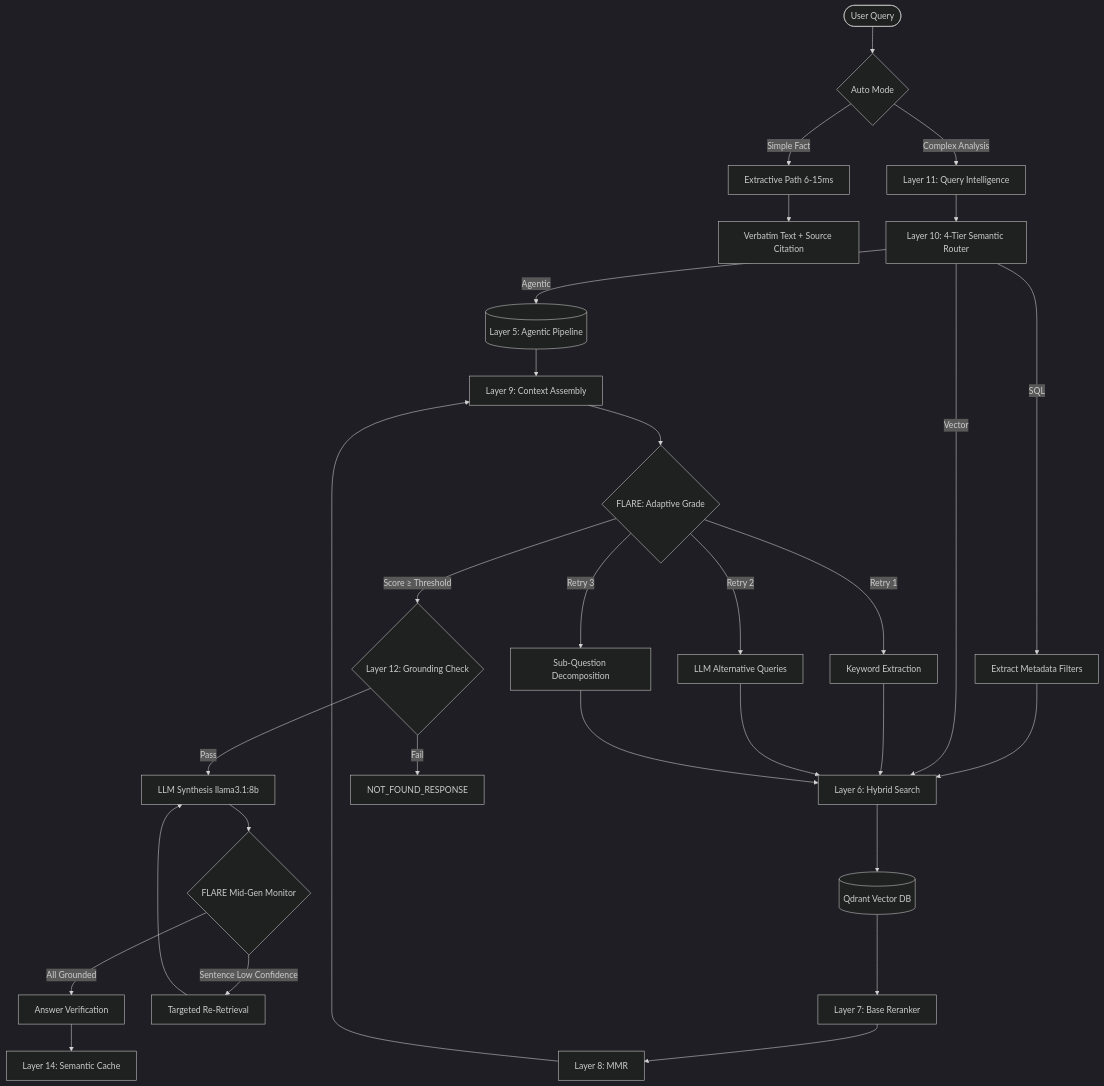
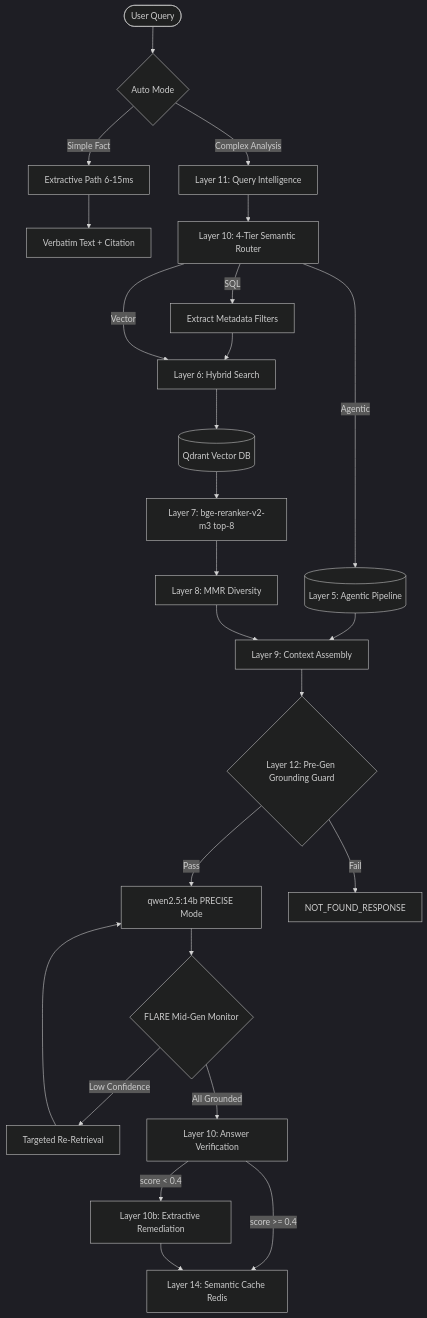
The diagram in README.md (varunsrivastav1999/Retrieval-Augmented-Generation--RAG-), drawn with Mermaid (dark theme) before and after one commit. The commit also changed other lines of this file and 9 other files, not shown here.

````diff
--- a/README.md
+++ b/README.md
@@ -42,39 +71,32 @@
 ```mermaid
 graph TD
     User([User Query]) --> Auto{Auto Mode}
     Auto -- Simple Fact --> Ext[Extractive Path 6-15ms]
     Auto -- Complex Analysis --> QIntel[Layer 11: Query Intelligence]
-    Ext --> Verbatim[Verbatim Text + Source Citation]
+    Ext --> Verbatim[Verbatim Text + Citation]
 
     QIntel --> Router[Layer 10: 4-Tier Semantic Router]
-    
     Router -- Agentic --> AgenticRAG[(Layer 5: Agentic Pipeline)]
     AgenticRAG --> ContextAssemble[Layer 9: Context Assembly]
-    
     Router -- SQL --> ExtMeta[Extract Metadata Filters]
     ExtMeta --> Hybrid[Layer 6: Hybrid Search]
-    
     Router -- Vector --> Hybrid
+
     Hybrid --> Qdrant[(Qdrant Vector DB)]
-    Qdrant --> Reranker[Layer 7: Base Reranker]
-    Reranker --> MMR[Layer 8: MMR]
+    Qdrant --> Reranker[Layer 7: bge-reranker-v2-m3 top-8]
+    Reranker --> MMR[Layer 8: MMR Diversity]
     MMR --> ContextAssemble
-    
-    ContextAssemble --> FLARE{FLARE: Adaptive Grade}
-    FLARE -- Score ≥ Threshold --> Grounding{Layer 12: Grounding Check}
-    FLARE -- Retry 1 --> Rewrite1[Keyword Extraction]
-    FLARE -- Retry 2 --> Rewrite2[LLM Alternative Queries]
-    FLARE -- Retry 3 --> Rewrite3[Sub-Question Decomposition]
-    Rewrite1 --> Hybrid
-    Rewrite2 --> Hybrid
-    Rewrite3 --> Hybrid
-    
-    Grounding -- Pass --> LLM[LLM Synthesis llama3.1:8b]
+
+    ContextAssemble --> Grounding{Layer 12: Pre-Gen Grounding Guard}
+    Grounding -- Pass --> LLM[qwen2.5:14b PRECISE Mode]
     Grounding -- Fail --> HALT[NOT_FOUND_RESPONSE]
-    
-    LLM --> FLARE_Mid{FLARE Mid-Gen Monitor}
-    FLARE_Mid -- Sentence Low Confidence --> TargetedRet[Targeted Re-Retrieval]
+
+    LLM --> FLARE{FLARE Mid-Gen Monitor}
+    FLARE -- Low Confidence --> TargetedRet[Targeted Re-Retrieval]
     TargetedRet --> LLM
-    FLARE_Mid -- All Grounded --> Verify[Answer Verification]
-    Verify --> Cache[Layer 14: Semantic Cache]
+    FLARE -- All Grounded --> Verify[Layer 10: Answer Verification]
+
+    Verify -- score >= 0.4 --> Cache[Layer 14: Semantic Cache Redis]
+    Verify -- score < 0.4 --> Remediate[Layer 10b: Extractive Remediation]
+    Remediate --> Cache
 ```
````
